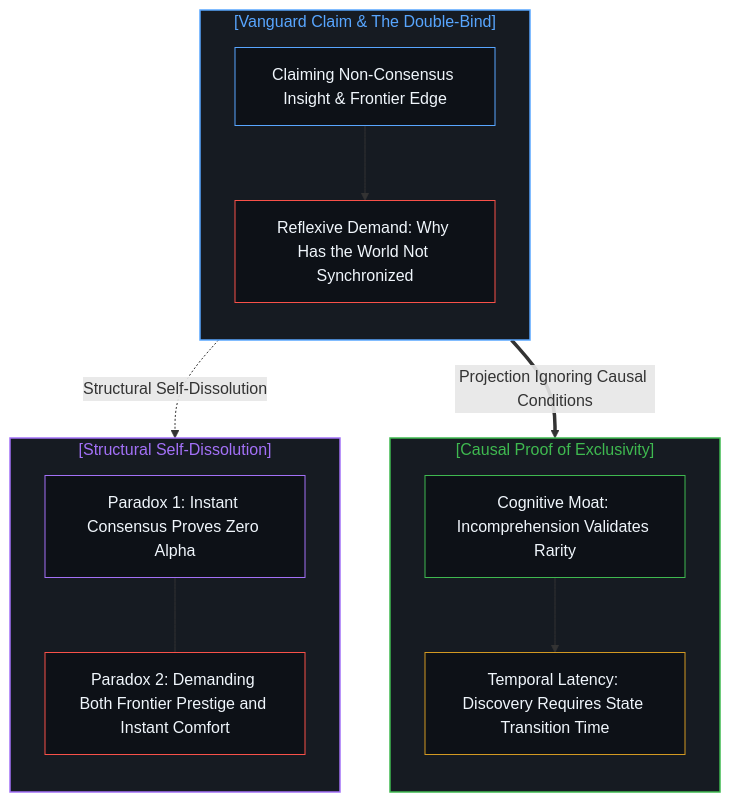
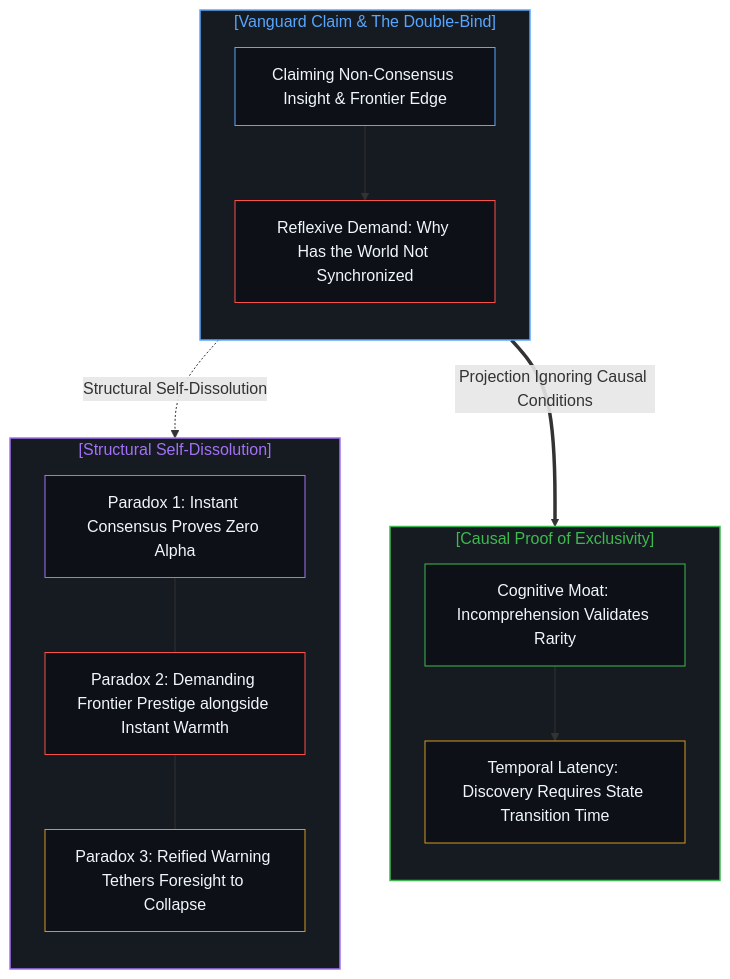
One commit to powerpig99/not-a-toe changed the fourth of 4 diagrams in content/posts/the-reflexive-dilemma-of-unique-insight.md. Above: the diagram before and after it, drawn with Mermaid. The commit also changed other lines of this file and 2 other files, not shown here.

Commit message:
Enhance Post #389: Incorporate systemic warning paradox, resistance neutrality, and orthogonal demarcation

````diff
--- a/content/posts/the-reflexive-dilemma-of-unique-insight.md
+++ b/content/posts/the-reflexive-dilemma-of-unique-insight.md
@@ -126,36 +132,38 @@
 ```mermaid
 flowchart TD
   subgraph S_CLAIM["[Vanguard Claim & The Double-Bind]"]
     direction TB
     C_ALPHA["Claiming Non-Consensus Insight & Frontier Edge"]
     C_DEMAND["Reflexive Demand: Why Has the World Not Synchronized"]
     C_ALPHA --> C_DEMAND
   end
 
   subgraph S_PROOF["[Causal Proof of Exclusivity]"]
     direction TB
     R_GAP["Cognitive Moat: Incomprehension Validates Rarity"]
     R_TIME["Temporal Latency: Discovery Requires State Transition Time"]
     R_GAP --> R_TIME
   end
 
   subgraph S_PARADOX["[Structural Self-Dissolution]"]
     direction TB
     X_COLLAPSE["Paradox 1: Instant Consensus Proves Zero Alpha"]
-    X_ABSURD["Paradox 2: Demanding Both Frontier Prestige and Instant Comfort"]
-    X_COLLAPSE --- X_ABSURD
+    X_ABSURD["Paradox 2: Demanding Frontier Prestige alongside Instant Warmth"]
+    X_PROPHET["Paradox 3: Reified Warning Tethers Foresight to Collapse"]
+    X_COLLAPSE --- X_ABSURD --- X_PROPHET
   end
 
   C_DEMAND ==>|"Projection Ignoring Causal Conditions"| R_TIME
   C_DEMAND -.->|"Structural Self-Dissolution"| S_PARADOX
 
   style S_CLAIM fill:#161b22,stroke:#58a6ff,stroke-width:1.5px,color:#58a6ff
   style S_PROOF fill:#161b22,stroke:#3fb950,stroke-width:1.5px,color:#3fb950
   style S_PARADOX fill:#161b22,stroke:#a371f7,stroke-width:1.5px,color:#a371f7
   style C_ALPHA fill:#0d1117,stroke:#58a6ff,stroke-width:1px,color:#f0f6fc
   style C_DEMAND fill:#0d1117,stroke:#f85149,stroke-width:1px,color:#f0f6fc
   style R_GAP fill:#0d1117,stroke:#3fb950,stroke-width:1px,color:#f0f6fc
   style R_TIME fill:#0d1117,stroke:#d29922,stroke-width:1px,color:#f0f6fc
   style X_COLLAPSE fill:#0d1117,stroke:#a371f7,stroke-width:1px,color:#f0f6fc
   style X_ABSURD fill:#0d1117,stroke:#f85149,stroke-width:1px,color:#f0f6fc
+  style X_PROPHET fill:#0d1117,stroke:#d29922,stroke-width:1px,color:#f0f6fc
 ```
````
